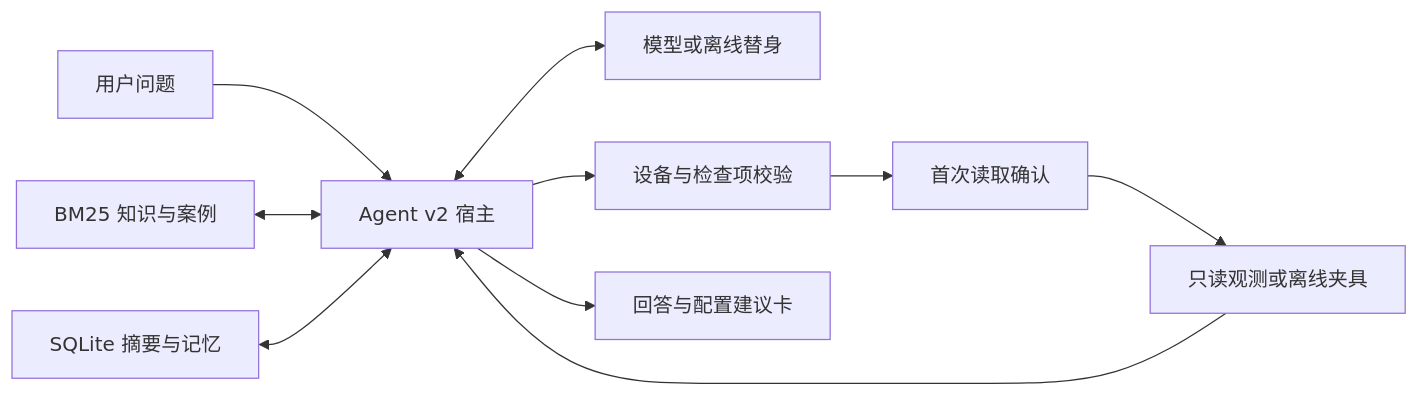
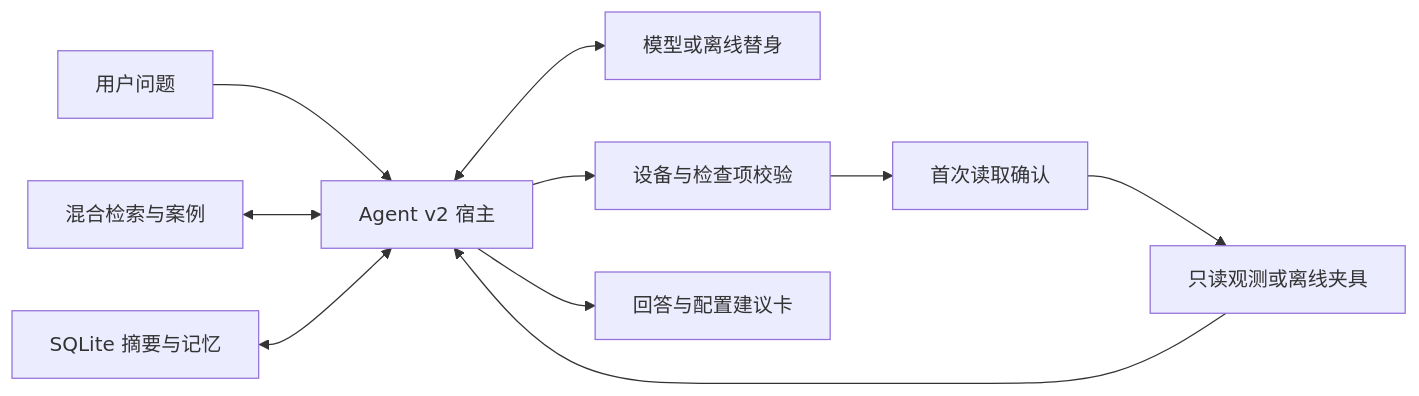
Before and after one commit to Mdload/agent-troubleshooting-assistant: the diagram in README.md, drawn with Mermaid. The commit also changed other lines of this file and 49 other files, not shown here.

````diff
--- a/README.md
+++ b/README.md
@@ -27,12 +30,12 @@
 ```mermaid
 flowchart LR
     Q[用户问题] --> H[Agent v2 宿主]
-    K[BM25 知识与案例] <--> H
+    K[混合检索与案例] <--> H
     M[SQLite 摘要与记忆] <--> H
     H <--> P[模型或离线替身]
     H --> V[设备与检查项校验]
     V --> C[首次读取确认]
     C --> F[只读观测或离线夹具]
     F --> H
     H --> A[回答与配置建议卡]
 ```
````
